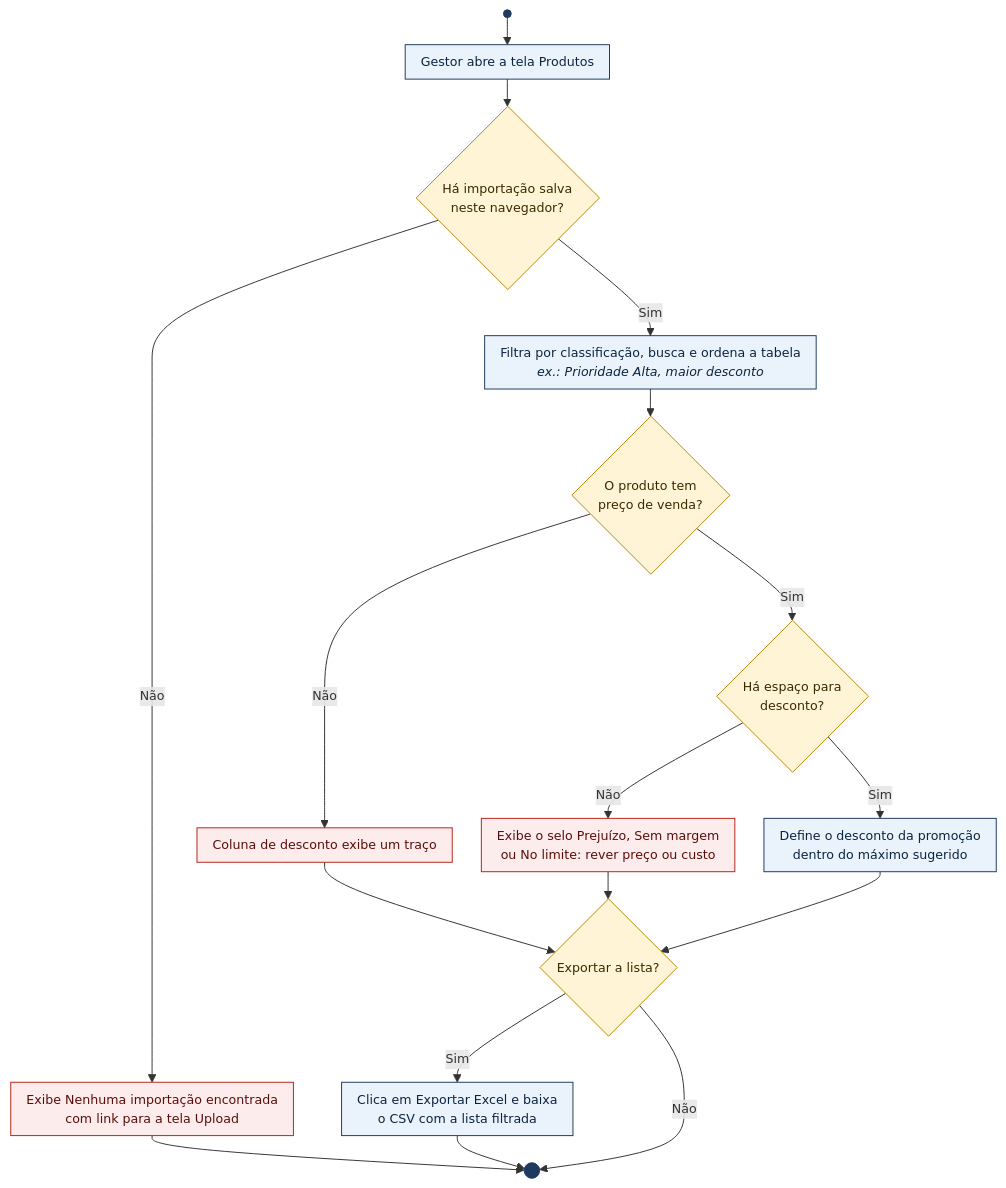
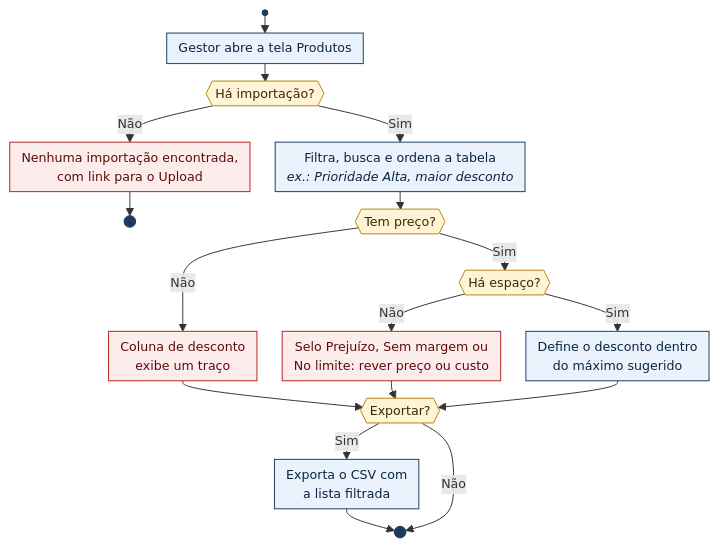
One commit to weillerjulia/StockWise changed the third of 7 diagrams in README.md. Above: the diagram before and after it, drawn with Mermaid. The commit also changed other lines of this file, not shown here.

````diff
--- a/README.md
+++ b/README.md
@@ -287,29 +281,25 @@
 ```mermaid
-%%{init: {"themeVariables": {"fontSize": "13px"}, "flowchart": {"wrappingWidth": 400, "rankSpacing": 28, "nodeSpacing": 30, "padding": 8}}}%%
+%%{init: {"themeVariables": {"fontSize": "13px"}, "flowchart": {"wrappingWidth": 400, "rankSpacing": 18, "nodeSpacing": 26, "padding": 6}}}%%
 flowchart TD
     inicio(( )) --> c1["Gestor abre a tela Produtos"]
-    c1 --> d1{"Há importação salva<br/>neste navegador?"}
-    d1 -- Não --> c2["Exibe Nenhuma importação encontrada<br/>com link para a tela Upload"]
-    d1 -- Sim --> c3["Filtra por classificação, busca e ordena a tabela<br/><i>ex.: Prioridade Alta, maior desconto</i>"]
-    c3 --> d2{"O produto tem<br/>preço de venda?"}
-    d2 -- Não --> c4["Coluna de desconto exibe um traço"]
-    d2 -- Sim --> d3{"Há espaço para<br/>desconto?"}
-    d3 -- Não --> c5["Exibe o selo Prejuízo, Sem margem<br/>ou No limite: rever preço ou custo"]
-    d3 -- Sim --> c6["Define o desconto da promoção<br/>dentro do máximo sugerido"]
-    c4 --> d4{"Exportar a lista?"}
-    c5 --> d4
-    c6 --> d4
-    d4 -- Sim --> c7["Clica em Exportar Excel e baixa<br/>o CSV com a lista filtrada"]
-    d4 -- Não --> fim((( )))
-    c2 --> fim
-    c7 --> fim
+    c1 --> d1{{"Há importação?"}}
+    d1 -- Não --> c2["Nenhuma importação encontrada,<br/>com link para o Upload"] --> fim1((( )))
+    d1 -- Sim --> c3["Filtra, busca e ordena a tabela<br/><i>ex.: Prioridade Alta, maior desconto</i>"]
+    c3 --> d2{{"Tem preço?"}}
+    d2 -- Não --> c4["Coluna de desconto<br/>exibe um traço"]
+    d2 -- Sim --> d3{{"Há espaço?"}}
+    d3 -- Não --> c5["Selo Prejuízo, Sem margem ou<br/>No limite: rever preço ou custo"]
+    d3 -- Sim --> c6["Define o desconto dentro<br/>do máximo sugerido"]
+    c4 & c5 & c6 --> d4{{"Exportar?"}}
+    d4 -- Sim --> c7["Exporta o CSV com<br/>a lista filtrada"] --> fim((( )))
+    d4 -- Não --> fim
 
     classDef marco fill:#1E3A5F,stroke:#1E3A5F
     classDef decisao fill:#FFF4D6,stroke:#B8860B,color:#3A2A00
     classDef acao fill:#EAF2FB,stroke:#1E3A5F,color:#0B2540
     classDef erro fill:#FDECEC,stroke:#B42318,color:#5A0E0A
-    class inicio,fim marco
+    class inicio,fim,fim1 marco
     class d1,d2,d3,d4 decisao
     class c1,c3,c6,c7 acao
     class c2,c4,c5 erro
 ```
````
